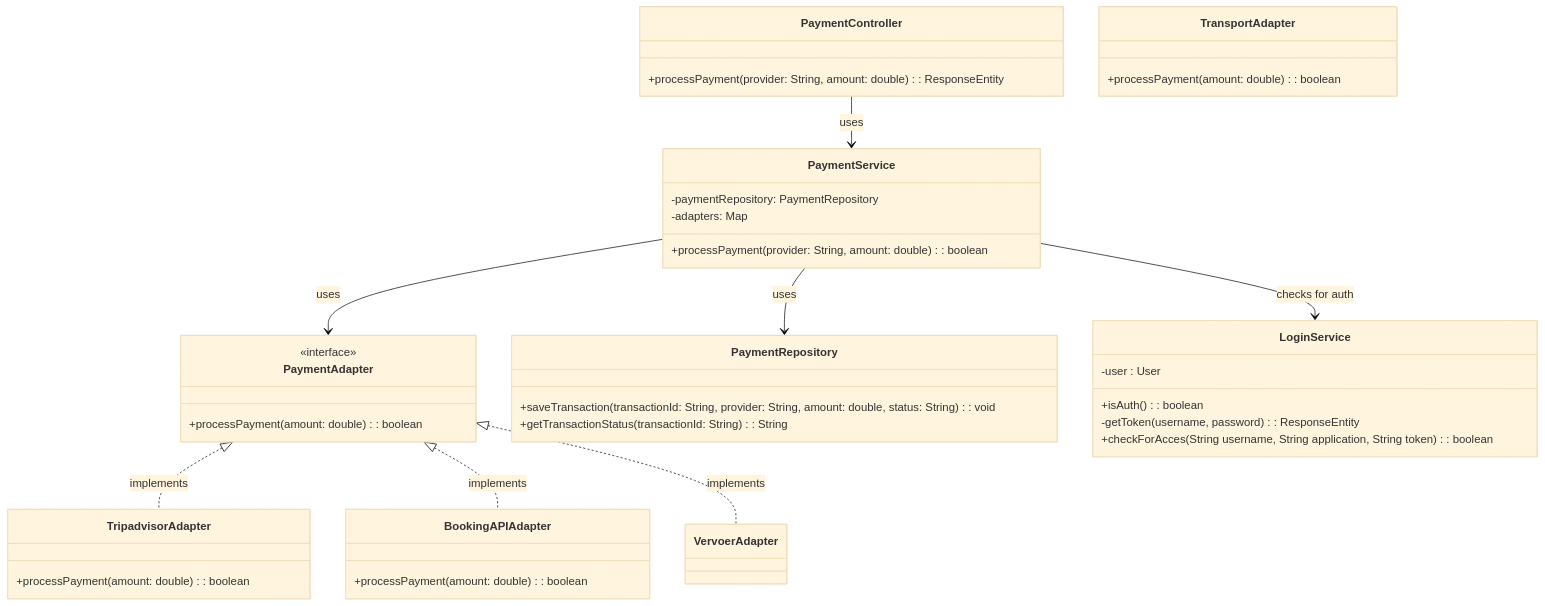
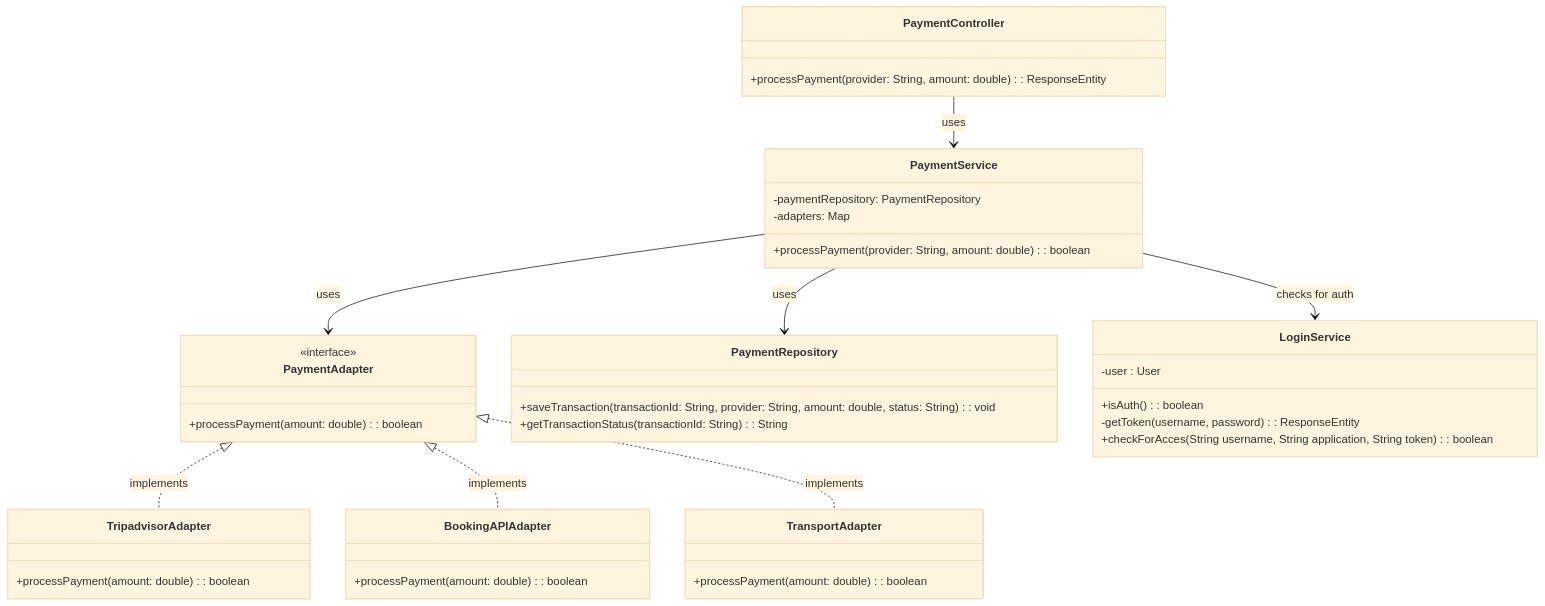
Before and after one commit to AIM-ENE-feb25/triptop-inshallahboys: the second of 3 diagrams in software-guidebook/README.md, drawn with Mermaid (base theme). The commit also changed other lines of this file, not shown here.

````diff
--- a/software-guidebook/README.md
+++ b/software-guidebook/README.md
@@ -164,50 +166,50 @@
 ```mermaid
 classDiagram
     class PaymentController {
         +processPayment(provider: String, amount: double): ResponseEntity<String>
     }
 
     class PaymentService {
         +processPayment(provider: String, amount: double): boolean
         -paymentRepository: PaymentRepository
         -adapters: Map<String, PaymentAdapter>
     }
 
     class PaymentAdapter {
         <<interface>>
         +processPayment(amount: double): boolean
     }
 
     class TripadvisorAdapter {
         +processPayment(amount: double): boolean
     }
 
     class BookingAPIAdapter {
         +processPayment(amount: double): boolean
     }
 
     class TransportAdapter {
         +processPayment(amount: double): boolean
     }
 
     class PaymentRepository {
         +saveTransaction(transactionId: String, provider: String, amount: double, status: String): void
         +getTransactionStatus(transactionId: String): String
     }
 
     class LoginService{
         -user : User
         +isAuth() : boolean
         -getToken(username, password) : ResponseEntity<String>
         +checkForAcces(String username, String application, String token) : boolean
     }
 
     %% Relaties tussen de klassen
     PaymentController --> PaymentService : uses
     PaymentService --> PaymentAdapter : uses
     PaymentService --> PaymentRepository : uses
     PaymentAdapter <|.. TripadvisorAdapter : implements
     PaymentAdapter <|.. BookingAPIAdapter : implements
-    PaymentAdapter <|.. VervoerAdapter : implements
+    PaymentAdapter <|.. TransportAdapter : implements
     PaymentService --> LoginService : checks for auth
 ```
````
